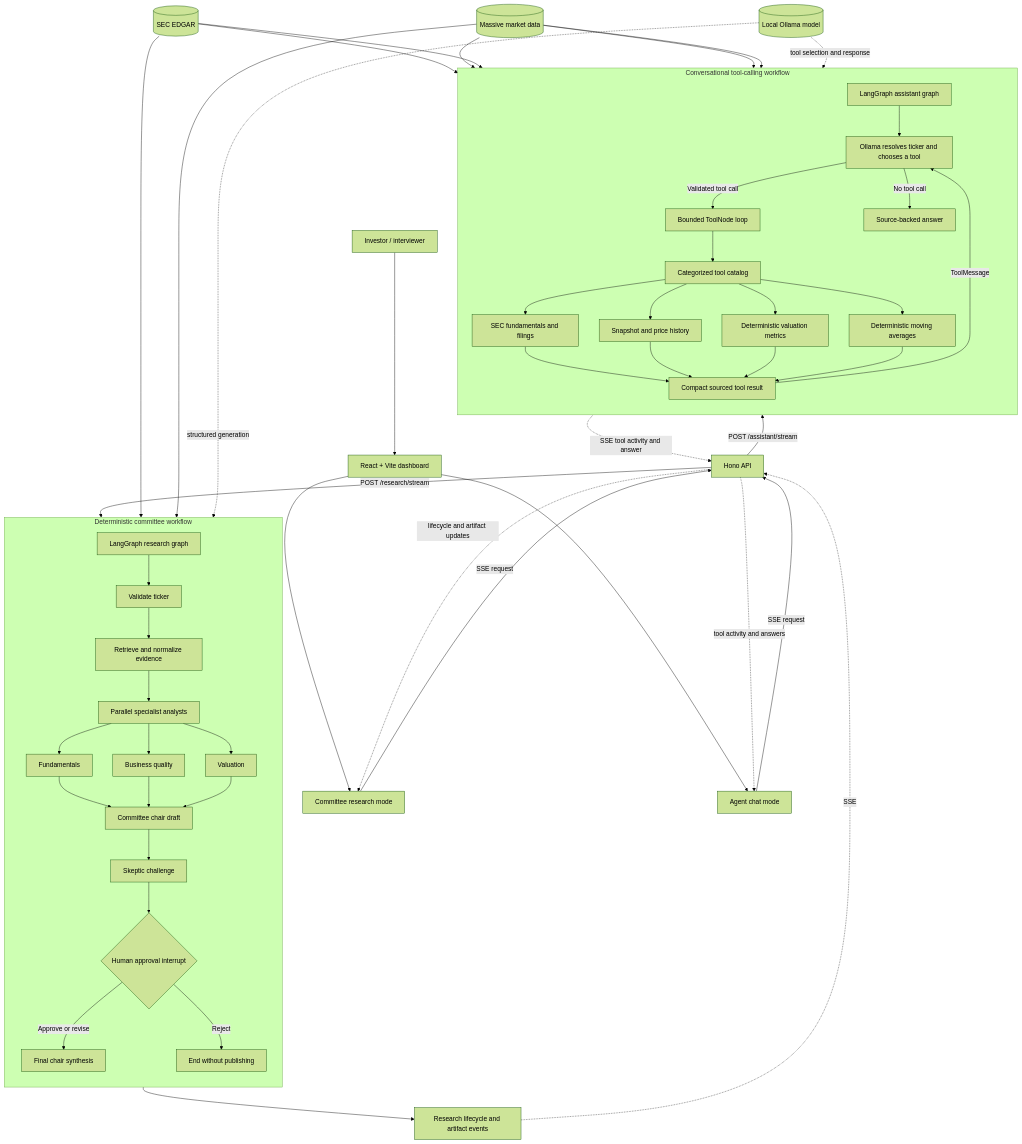
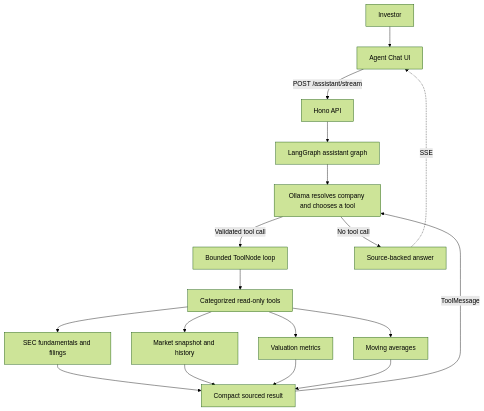
The second of 2 diagrams in README.md (YuFanDeng/investment-research-committee), drawn with Mermaid (forest theme) before and after one commit. The commit also changed other lines of this file and 20 other files, not shown here.

Commit message:
Add quarterly SEC fundamentals support

````diff
--- a/README.md
+++ b/README.md
@@ -21,61 +53,20 @@
 ```mermaid
 flowchart TB
-    User[Investor / interviewer] --> Web[React + Vite dashboard]
-    Web --> CommitteeUI[Committee research mode]
-    Web --> AgentUI[Agent chat mode]
-    CommitteeUI -->|SSE request| API[Hono API]
-    AgentUI -->|SSE request| API
-
-    subgraph Committee[Deterministic committee workflow]
-        direction TB
-        ResearchGraph[LangGraph research graph] --> Validate[Validate ticker]
-        Validate --> Evidence[Retrieve and normalize evidence]
-        Evidence --> Analysts[Parallel specialist analysts]
-        Analysts --> Fundamentals[Fundamentals]
-        Analysts --> Business[Business quality]
-        Analysts --> Valuation[Valuation]
-        Fundamentals --> Draft[Committee chair draft]
-        Business --> Draft
-        Valuation --> Draft
-        Draft --> Skeptic[Skeptic challenge]
-        Skeptic --> Approval{Human approval interrupt}
-        Approval -->|Approve or revise| Final[Final chair synthesis]
-        Approval -->|Reject| Rejected[End without publishing]
-    end
-
-    subgraph Assistant[Conversational tool-calling workflow]
-        direction TB
-        AgentGraph[LangGraph assistant graph] --> Model[Ollama resolves ticker and chooses a tool]
-        Model -->|Validated tool call| ToolNode[Bounded ToolNode loop]
-        ToolNode --> Catalog[Categorized tool catalog]
-        Catalog --> SecTools[SEC fundamentals and filings]
-        Catalog --> MarketTools[Snapshot and price history]
-        Catalog --> ValuationTools[Deterministic valuation metrics]
-        Catalog --> TechnicalTools[Deterministic moving averages]
-        SecTools --> ToolResult[Compact sourced tool result]
-        MarketTools --> ToolResult
-        ValuationTools --> ToolResult
-        TechnicalTools --> ToolResult
-        ToolResult -->|ToolMessage| Model
-        Model -->|No tool call| Answer[Source-backed answer]
-    end
-
-    API -->|POST /research/stream| ResearchGraph
-    API -->|POST /assistant/stream| AgentGraph
-
-    SEC[(SEC EDGAR)] --> Evidence
-    Massive[(Massive market data)] --> Evidence
-    SEC --> SecTools
-    Massive --> MarketTools
-    SEC --> ValuationTools
-    Massive --> ValuationTools
-    Massive --> TechnicalTools
-    Ollama[(Local Ollama model)] -. structured generation .-> Analysts
-    Ollama -. tool selection and response .-> Model
-
-    Final --> ResearchEvents[Research lifecycle and artifact events]
-    ResearchEvents -. SSE .-> API
-    Answer -. SSE tool activity and answer .-> API
-    API -. lifecycle and artifact updates .-> CommitteeUI
-    API -. tool activity and answers .-> AgentUI
+    User[Investor] --> UI[Agent Chat UI]
+    UI -->|POST /assistant/stream| API[Hono API]
+    API --> Graph[LangGraph assistant graph]
+    Graph --> Model[Ollama resolves company and chooses a tool]
+    Model -->|Validated tool call| ToolNode[Bounded ToolNode loop]
+    ToolNode --> Catalog[Categorized read-only tools]
+    Catalog --> SEC[SEC fundamentals and filings]
+    Catalog --> Market[Market snapshot and history]
+    Catalog --> Valuation[Valuation metrics]
+    Catalog --> Technical[Moving averages]
+    SEC --> Result[Compact sourced result]
+    Market --> Result
+    Valuation --> Result
+    Technical --> Result
+    Result -->|ToolMessage| Model
+    Model -->|No tool call| Answer[Source-backed answer]
+    Answer -. SSE .-> UI
 ```
````
